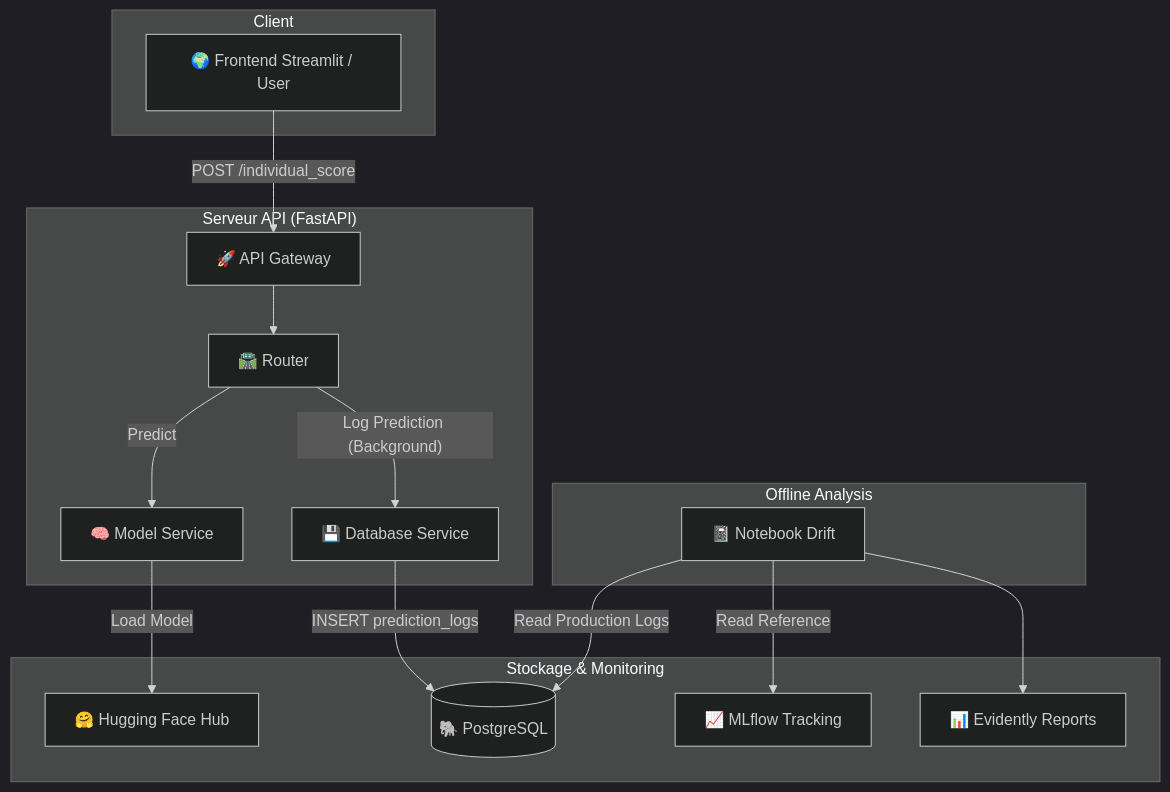
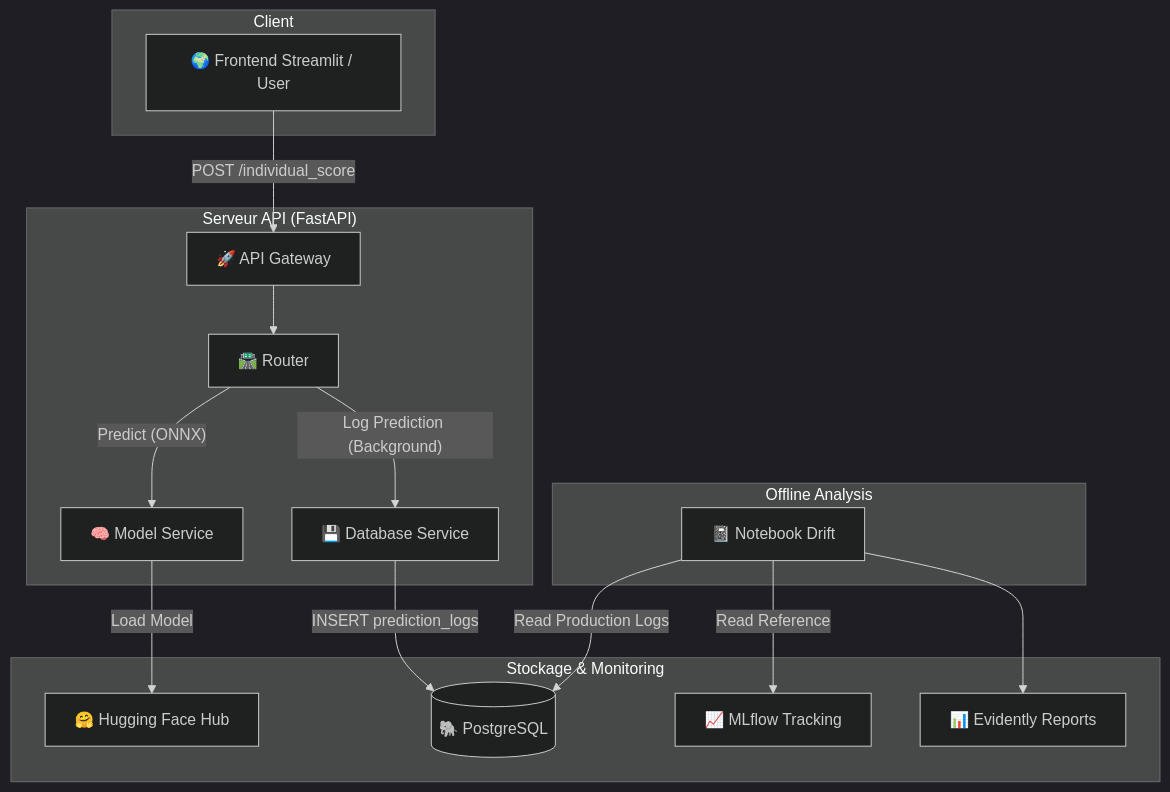
One commit to RandomFab/PRET_A_DEPENSER changed the first of 2 diagrams in README.md. Above: the diagram before and after it, drawn with Mermaid (dark theme). The commit also changed other lines of this file, not shown here.

````diff
--- a/README.md
+++ b/README.md
@@ -126,35 +156,35 @@
 ```mermaid
 graph TB
     subgraph Client
         Browser[🌍 Frontend Streamlit / User]
     end
 
     subgraph "Serveur API (FastAPI)"
         API[🚀 API Gateway]
         Routes[🛣️ Router]
         Mservice[🧠 Model Service]
         DB_Service[💾 Database Service]
     end
 
     subgraph "Stockage & Monitoring"
         HF[🤗 Hugging Face Hub]
         PG[(🐘 PostgreSQL)]
         MLflow[📈 MLflow Tracking]
         Evidently[📊 Evidently Reports]
     end
 
     Browser -- "POST /individual_score" --> API
     API --> Routes
-    Routes -- "Predict" --> Mservice
+    Routes -- "Predict (ONNX)" --> Mservice
     Routes -- "Log Prediction (Background)" --> DB_Service
     
     Mservice -- "Load Model" --> HF
     DB_Service -- "INSERT prediction_logs" --> PG
     
     subgraph "Offline Analysis"
         NB[📓 Notebook Drift]
         NB -- "Read Reference" --> MLflow
         NB -- "Read Production Logs" --> PG
         NB --> Evidently
     end
 ```
````
